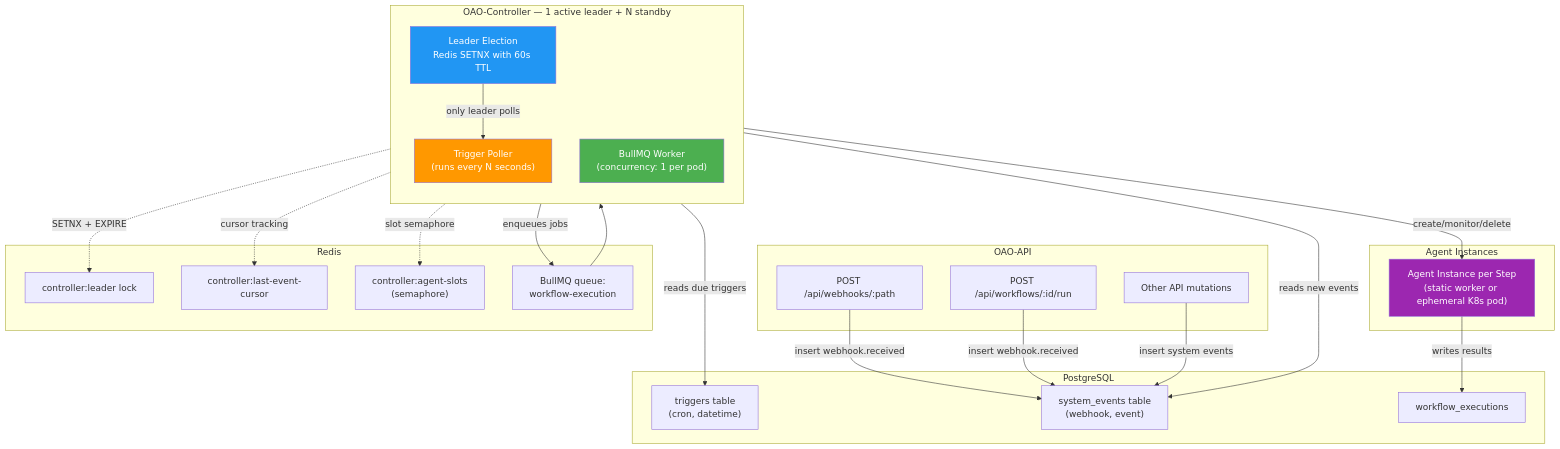
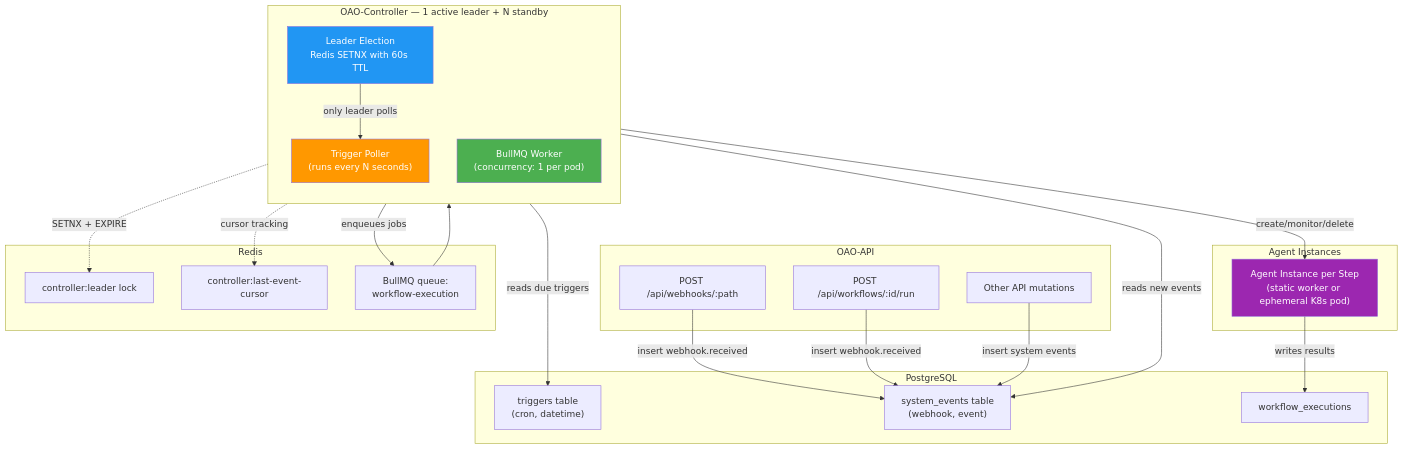
One commit to thfai2000/github-copilot-agent-orchestra changed the first of 7 diagrams in docs/concepts/workflow-engine.md. Above: the diagram before and after it, drawn with Mermaid. The commit also changed other lines of this file and 23 other files, not shown here.

````diff
--- a/docs/concepts/workflow-engine.md
+++ b/docs/concepts/workflow-engine.md
@@ -9,52 +9,50 @@
 ```mermaid
 graph TB
     subgraph "OAO-API"
         WHEP["POST /api/webhooks/:path"]
         RUNEP["POST /api/workflows/:id/run"]
         EVAPI["Other API mutations"]
     end
 
     subgraph "OAO-Controller — 1 active leader + N standby"
         direction TB
         LEADER["Leader Election<br/>Redis SETNX with 60s TTL"]
         POLL["Trigger Poller<br/>(runs every N seconds)"]
         WORKER["BullMQ Worker<br/>(concurrency: 1 per pod)"]
         LEADER -->|"only leader polls"| POLL
     end
 
     subgraph "Agent Instances"
         AP["Agent Instance per Step<br/>(static worker or ephemeral K8s pod)"]
     end
 
     subgraph "PostgreSQL"
         TRIGGERS["triggers table<br/>(cron, datetime)"]
         EVENTS["system_events table<br/>(webhook, event)"]
         EXECS["workflow_executions"]
     end
 
     subgraph "Redis"
         LOCK["controller:leader lock"]
         CURSOR["controller:last-event-cursor"]
-        SLOTS["controller:agent-slots<br/>(semaphore)"]
         QUEUE["BullMQ queue:<br/>workflow-execution"]
     end
 
     WHEP -->|"insert webhook.received"| EVENTS
     RUNEP -->|"insert webhook.received"| EVENTS
     EVAPI -->|"insert system events"| EVENTS
 
     POLL -->|"reads due triggers"| TRIGGERS
     POLL -->|"reads new events"| EVENTS
     POLL -->|"enqueues jobs"| QUEUE
     QUEUE --> WORKER
     WORKER -->|"create/monitor/delete"| AP
     AP -->|"writes results"| EXECS
     LEADER -.->|"SETNX + EXPIRE"| LOCK
     POLL -.->|"cursor tracking"| CURSOR
-    WORKER -.->|"slot semaphore"| SLOTS
 
     style LEADER fill:#2196F3,color:#fff
     style POLL fill:#FF9800,color:#fff
     style WORKER fill:#4CAF50,color:#fff
     style AP fill:#9C27B0,color:#fff
 ```
````
